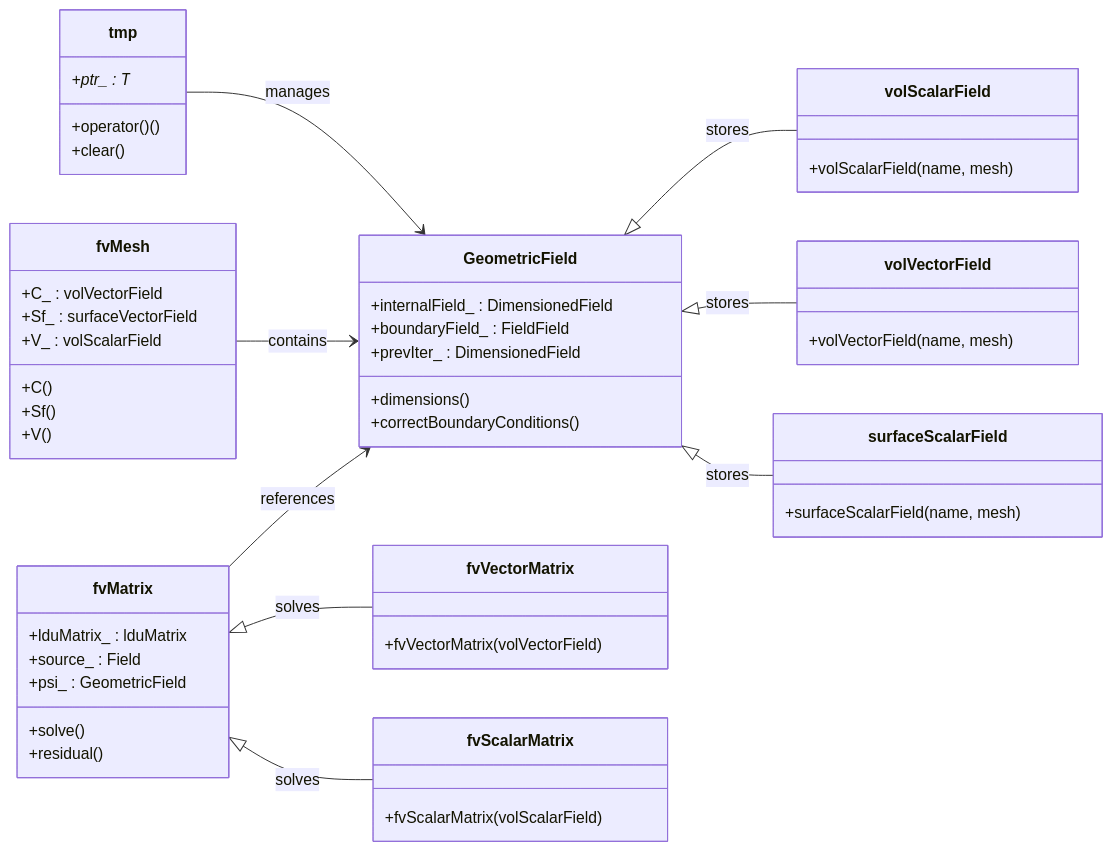
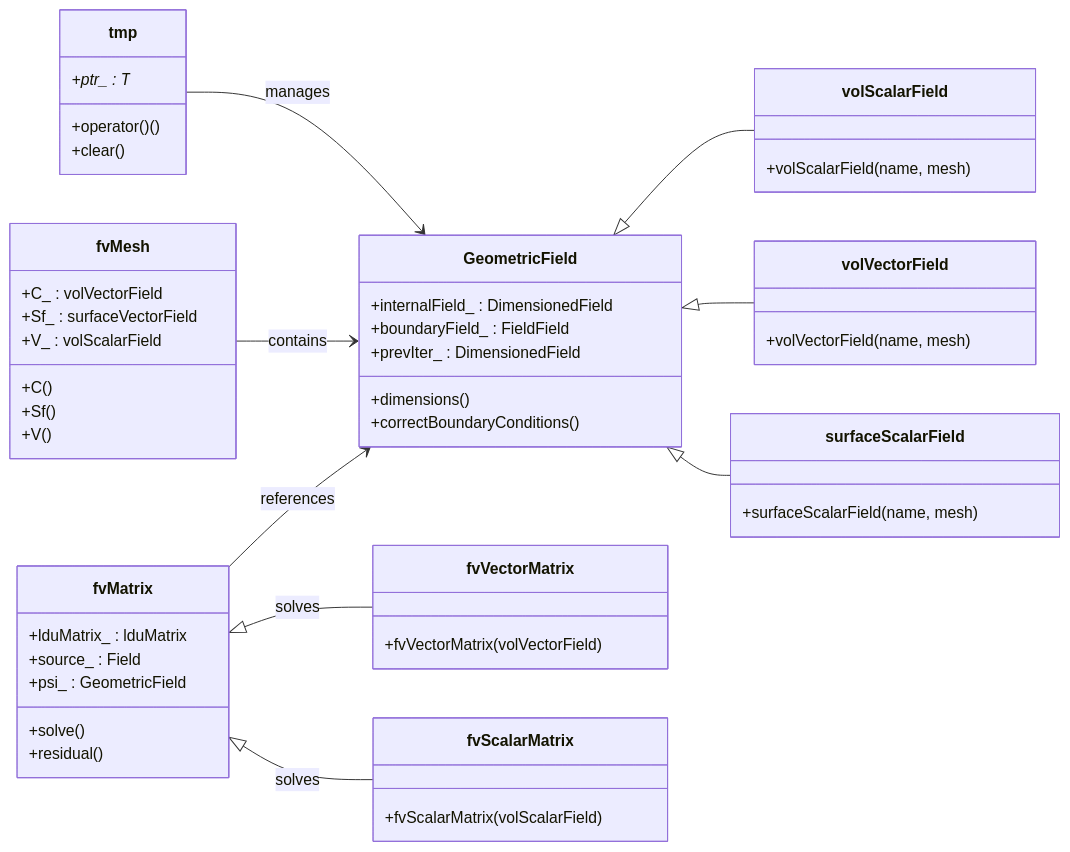
The third of 6 diagrams in daily_learning/2026-01-02.md (wramet/build-my-cfd), drawn with Mermaid before and after one commit. The commit also changed other lines of this file, not shown here.

````diff
--- a/daily_learning/2026-01-02.md
+++ b/daily_learning/2026-01-02.md
@@ -421,73 +428,69 @@
 ```mermaid
 %%{init: { 
     "theme": "default", 
-    "useMaxWidth": false, 
-    "themeVariables": { 
-        "fontSize": "20px", 
-        "fontFamily": "Consolas, 'Courier New', monospace"
-    } 
+    "useMaxWidth": false
 }}%%
 classDiagram
     %% สั่งให้เรียงจาก ซ้ายไปขวา (ช่วยเรื่องพื้นที่แนวนอน)
     direction LR
 
     class GeometricField {
         +internalField_ : DimensionedField
         +boundaryField_ : FieldField
         +prevIter_ : DimensionedField
         +dimensions()
         +correctBoundaryConditions()
     }
 
     class volScalarField {
         +volScalarField(name, mesh)
     }
 
     class volVectorField {
         +volVectorField(name, mesh)
     }
 
     class surfaceScalarField {
         +surfaceScalarField(name, mesh)
     }
 
     class fvMatrix {
         +lduMatrix_ : lduMatrix
         +source_ : Field
         +psi_ : GeometricField
         +solve()
         +residual()
     }
 
     class fvVectorMatrix {
         +fvVectorMatrix(volVectorField)
     }
 
     class fvScalarMatrix {
         +fvScalarMatrix(volScalarField)
     }
 
     class tmp {
         +ptr_ : T*
         +operator()()
         +clear()
     }
 
     class fvMesh {
         +C_ : volVectorField
         +Sf_ : surfaceVectorField
         +V_ : volScalarField
         +C()
         +Sf()
         +V()
     }
 
-    GeometricField <|-- volScalarField : stores
-    GeometricField <|-- volVectorField : stores
-    GeometricField <|-- surfaceScalarField : stores
+    GeometricField <|-- volScalarField
+    GeometricField <|-- volVectorField
+    GeometricField <|-- surfaceScalarField
     fvMatrix <|-- fvVectorMatrix : solves
     fvMatrix <|-- fvScalarMatrix : solves
     tmp --> GeometricField : manages
     fvMesh --> GeometricField : contains
     fvMatrix --> GeometricField : references
 ```
````
